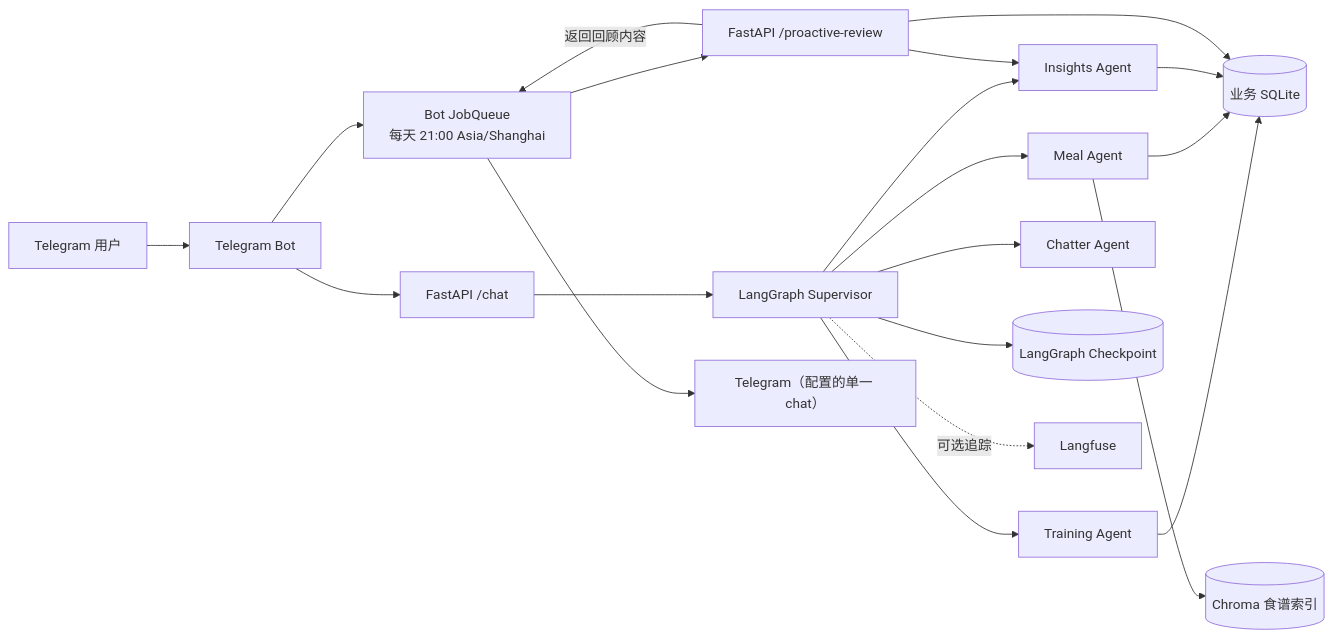
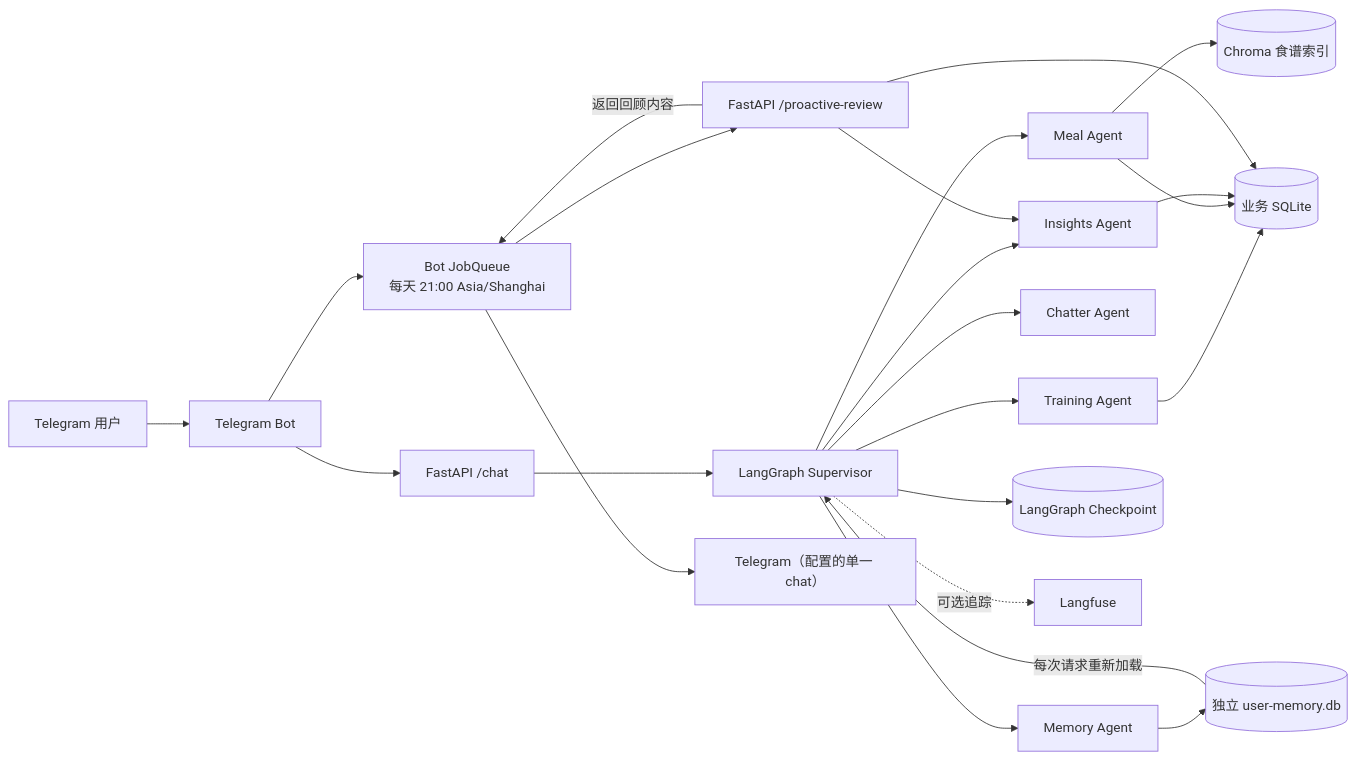
Before and after one commit to jhou1/ChatFit: the diagram in README.md, drawn with Mermaid. The commit also changed other lines of this file and 7 other files, not shown here.

````diff
--- a/README.md
+++ b/README.md
@@ -26,22 +27,25 @@
 ```mermaid
 flowchart LR
     U["Telegram 用户"] --> B["Telegram Bot"]
     B --> API["FastAPI /chat"]
     API --> G["LangGraph Supervisor"]
     G --> T["Training Agent"]
     G --> M["Meal Agent"]
     G --> I["Insights Agent"]
     G --> C["Chatter Agent"]
+    G --> L["Memory Agent"]
     T --> DB[("业务 SQLite")]
     M --> DB
     I --> DB
     M --> VS[("Chroma 食谱索引")]
     G --> CP[("LangGraph Checkpoint")]
+    L --> UM[("独立 user-memory.db")]
+    UM -->|每次请求重新加载| G
     G -. 可选追踪 .-> LF["Langfuse"]
     J["Bot JobQueue<br/>每天 21:00 Asia/Shanghai"] --> P["FastAPI /proactive-review"]
     P --> DB
     P --> I
     P -->|返回回顾内容| J
     J --> TG["Telegram（配置的单一 chat）"]
     B --> J
 ```
````
